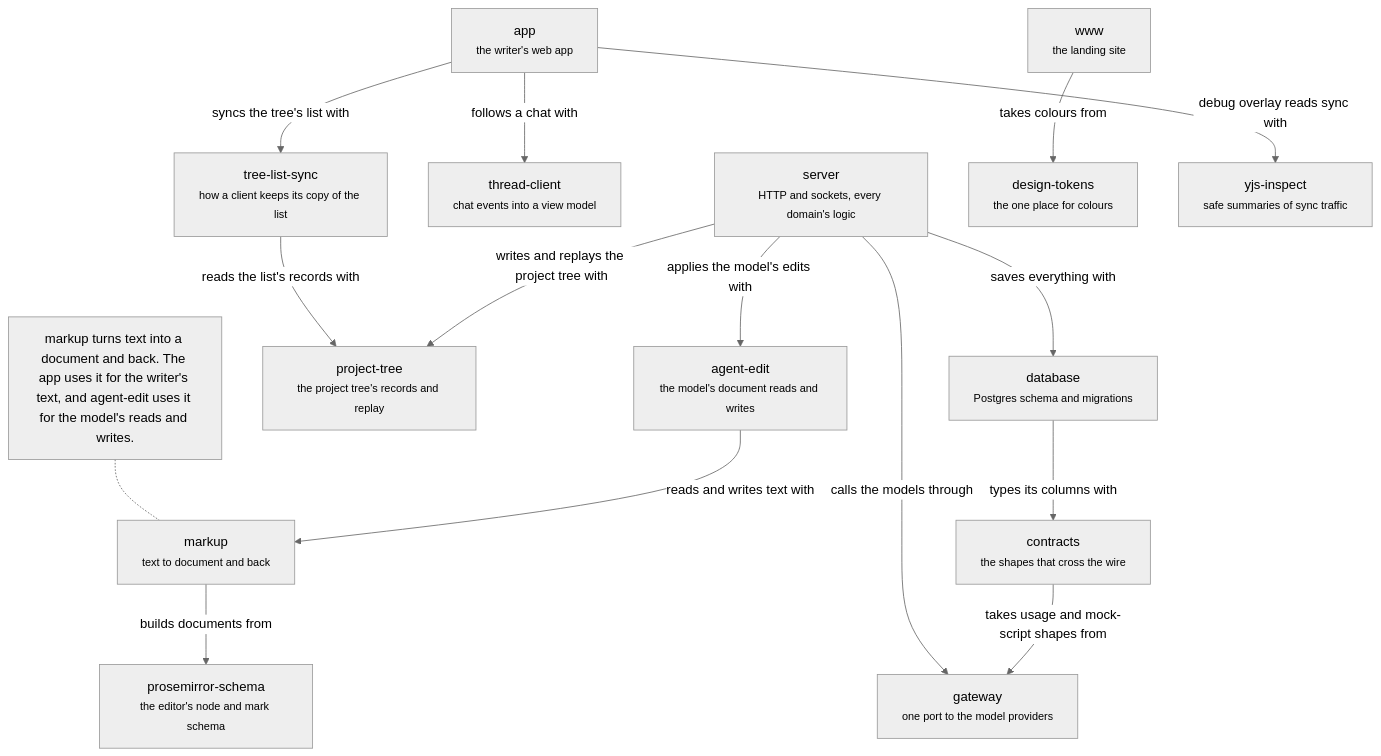
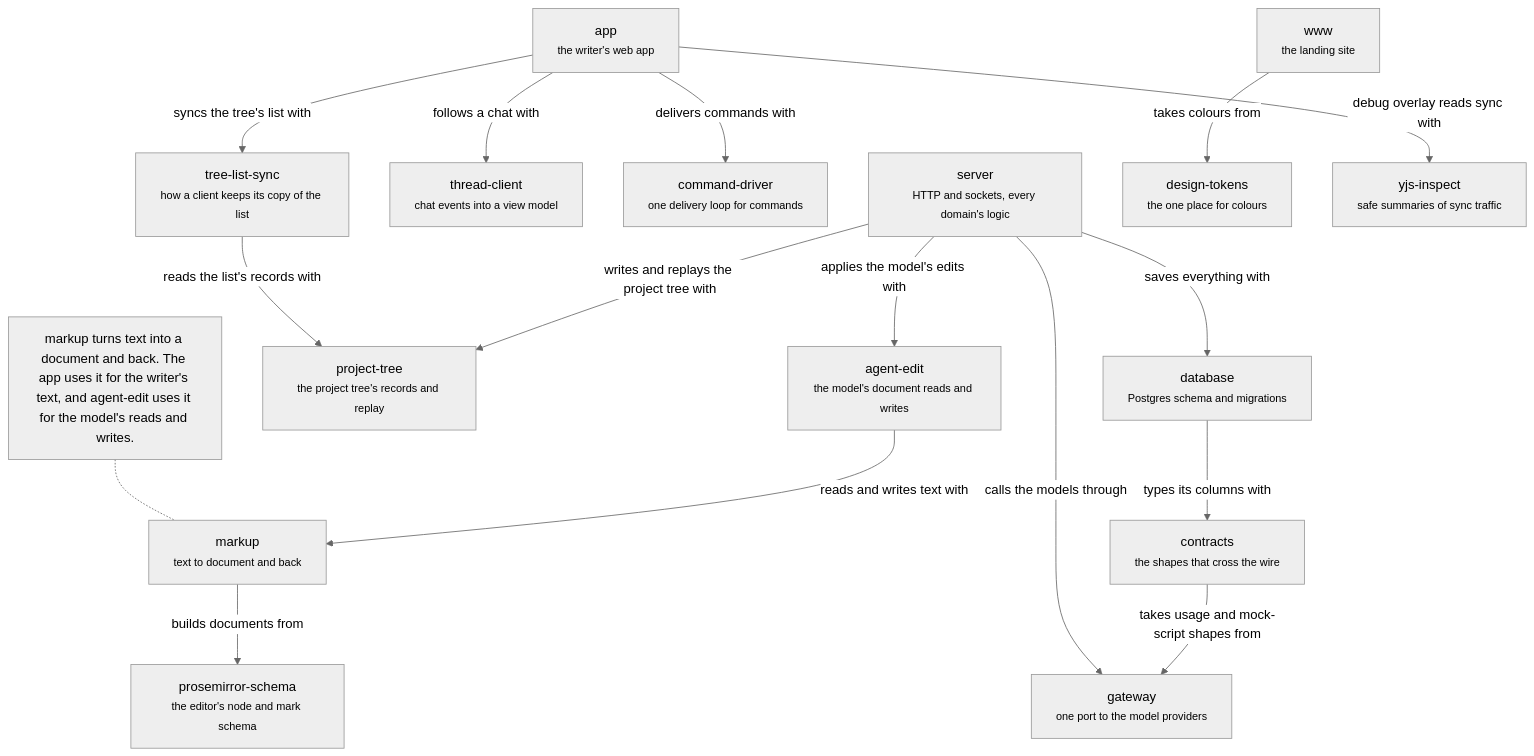
One commit to haowjy/meridian-flow changed the diagram in .context/system-architecture/code.md. Above: the diagram before and after it, drawn with Mermaid (neutral theme). The commit also changed other lines of this file and 9 other files, not shown here.

Commit message:
Command driver: catalogs, docs, architecture map

````diff
--- a/.context/system-architecture/code.md
+++ b/.context/system-architecture/code.md
@@ -9,32 +9,34 @@
 ```mermaid
 flowchart TB
   app["app<br/><small>the writer's web app</small>"]:::module
   server["server<br/><small>HTTP and sockets, every domain's logic</small>"]:::module
   www["www<br/><small>the landing site</small>"]:::module
   thread-client["thread-client<br/><small>chat events into a view model</small>"]:::package
   agent-edit["agent-edit<br/><small>the model's document reads and writes</small>"]:::package
   project-tree["project-tree<br/><small>the project tree's records and replay</small>"]:::package
+  command-driver["command-driver<br/><small>one delivery loop for commands</small>"]:::package
   tree-list-sync["tree-list-sync<br/><small>how a client keeps its copy of the list</small>"]:::package
   markup["markup<br/><small>text to document and back</small>"]:::package
   prosemirror-schema["prosemirror-schema<br/><small>the editor's node and mark schema</small>"]:::package
   database["database<br/><small>Postgres schema and migrations</small>"]:::package
   contracts["contracts<br/><small>the shapes that cross the wire</small>"]:::package
   design-tokens["design-tokens<br/><small>the one place for colours</small>"]:::package
   gateway["gateway<br/><small>one port to the model providers</small>"]:::package
   yjs-inspect["yjs-inspect<br/><small>safe summaries of sync traffic</small>"]:::package
   app -->|"follows a chat with"| thread-client
   server -->|"applies the model's edits with"| agent-edit
   server -->|"saves everything with"| database
   agent-edit -->|"reads and writes text with"| markup
   markup -->|"builds documents from"| prosemirror-schema
   database -->|"types its columns with"| contracts
   contracts -->|"takes usage and mock-script shapes from"| gateway
   server -->|"calls the models through"| gateway
   www -->|"takes colours from"| design-tokens
   app -->|"debug overlay reads sync with"| yjs-inspect
   server -->|"writes and replays the project tree with"| project-tree
+  app -->|"delivers commands with"| command-driver
   app -->|"syncs the tree's list with"| tree-list-sync
   tree-list-sync -->|"reads the list's records with"| project-tree
   note1["markup turns text into a document and back. The app uses it for the writer's text, and agent-edit uses it for the model's reads and writes."]:::note
   note1 -.- markup
 ```
````
